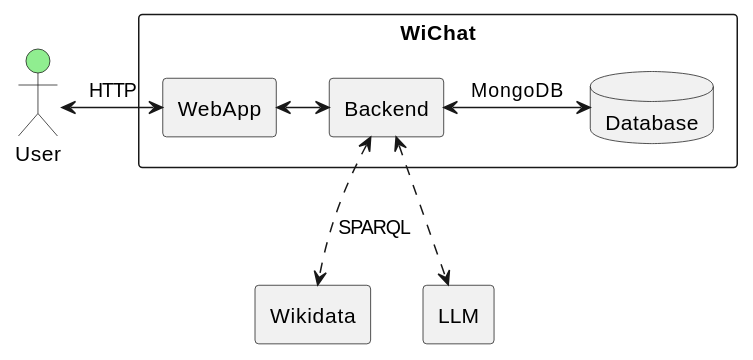
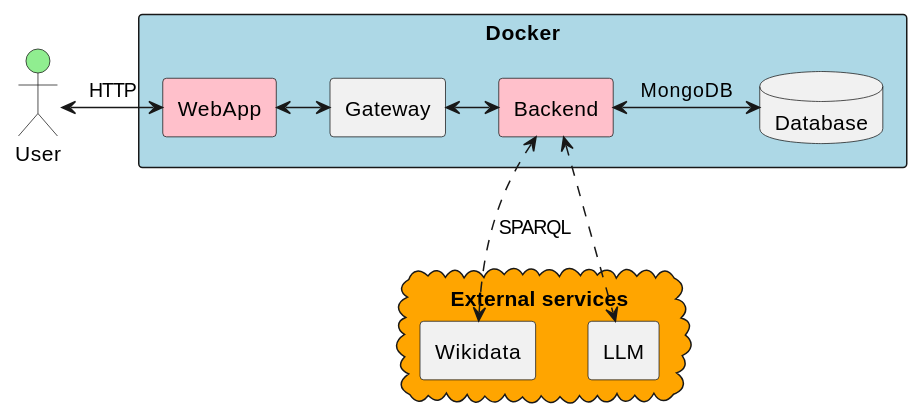
One commit to Arquisoft/wichat_en3b changed the second of 2 diagrams in docs/src/03_context_and_scope.adoc. Above: the diagram before and after it, drawn with PlantUML.

Commit message:
Diagram of part 3.3

```diff
--- a/docs/src/03_context_and_scope.adoc
+++ b/docs/src/03_context_and_scope.adoc
@@ -113,23 +113,27 @@
 [plantuml]
 ----
 @startuml
 
 actor User #lightgreen
 
-rectangle WiChat {
-    rectangle WebApp
-    rectangle Backend
+rectangle Docker #lightblue {
+    rectangle WebApp #pink
+    rectangle Gateway
+    rectangle Backend #pink
     database Database
 }
 
-rectangle Wikidata
-rectangle LLM
+cloud "External services" #orange {
+    rectangle Wikidata
+    rectangle LLM
+}
 
 User <-> WebApp : HTTP
-WebApp <-> Backend
+WebApp <-> Gateway
+Gateway <-> Backend
 Backend <-> Database : MongoDB
 Backend <..> Wikidata : SPARQL
 Backend <..> LLM
 
 @enduml
 ----
```
